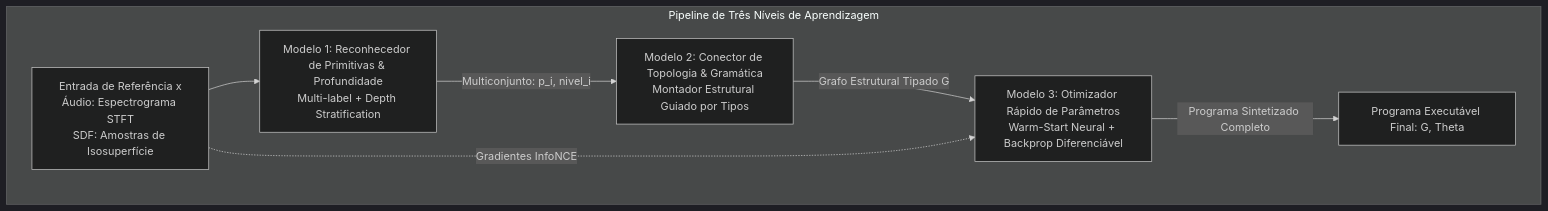
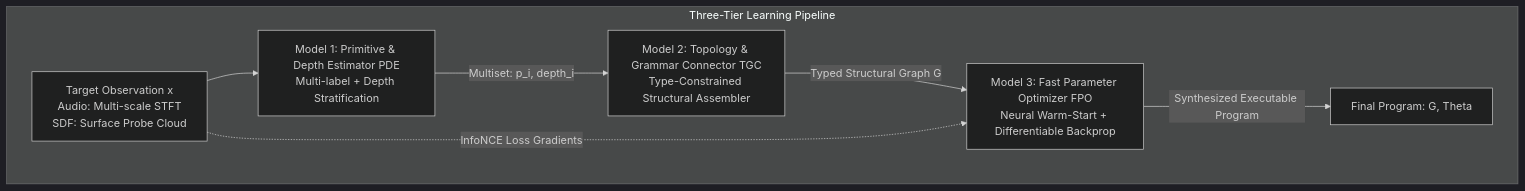
The first of 3 diagrams in docs/architecture/three_tier_neural_synthesis.md (racoci/symforge), drawn with Mermaid (dark theme) before and after one commit. The commit also changed other lines of this file and 12 other files, not shown here.

Commit message:
docs: translate README and complete architecture documentation to English

````diff
--- a/docs/architecture/three_tier_neural_synthesis.md
+++ b/docs/architecture/three_tier_neural_synthesis.md
@@ -41,10 +40,10 @@
 ```mermaid
 graph TD
-    subgraph ThreeTierPipeline [Pipeline de Três Níveis de Aprendizagem]
-        X[Entrada de Referência x<br/>Áudio: Espectrograma STFT<br/>SDF: Amostras de Isosuperfície] --> M1[Modelo 1: Reconhecedor de Primitivas & Profundidade<br/>Multi-label + Depth Stratification]
-        M1 -->|Multiconjunto: p_i, nivel_i| M2[Modelo 2: Conector de Topologia & Gramática<br/>Montador Estrutural Guiado por Tipos]
-        M2 -->|Grafo Estrutural Tipado G| M3[Modelo 3: Otimizador Rápido de Parâmetros<br/>Warm-Start Neural + Backprop Diferenciável]
-        X -.->|Gradientes InfoNCE| M3
-        M3 -->|Programa Sintetizado Completo| PROG[Programa Executável Final: G, Theta]
+    subgraph ThreeTierPipeline [Three-Tier Learning Pipeline]
+        X[Target Observation x<br/>Audio: Multi-scale STFT<br/>SDF: Surface Probe Cloud] --> M1[Model 1: Primitive & Depth Estimator PDE<br/>Multi-label + Depth Stratification]
+        M1 -->|Multiset: p_i, depth_i| M2[Model 2: Topology & Grammar Connector TGC<br/>Type-Constrained Structural Assembler]
+        M2 -->|Typed Structural Graph G| M3[Model 3: Fast Parameter Optimizer FPO<br/>Neural Warm-Start + Differentiable Backprop]
+        X -.->|InfoNCE Loss Gradients| M3
+        M3 -->|Synthesized Executable Program| PROG[Final Program: G, Theta]
     end
 ```
````
